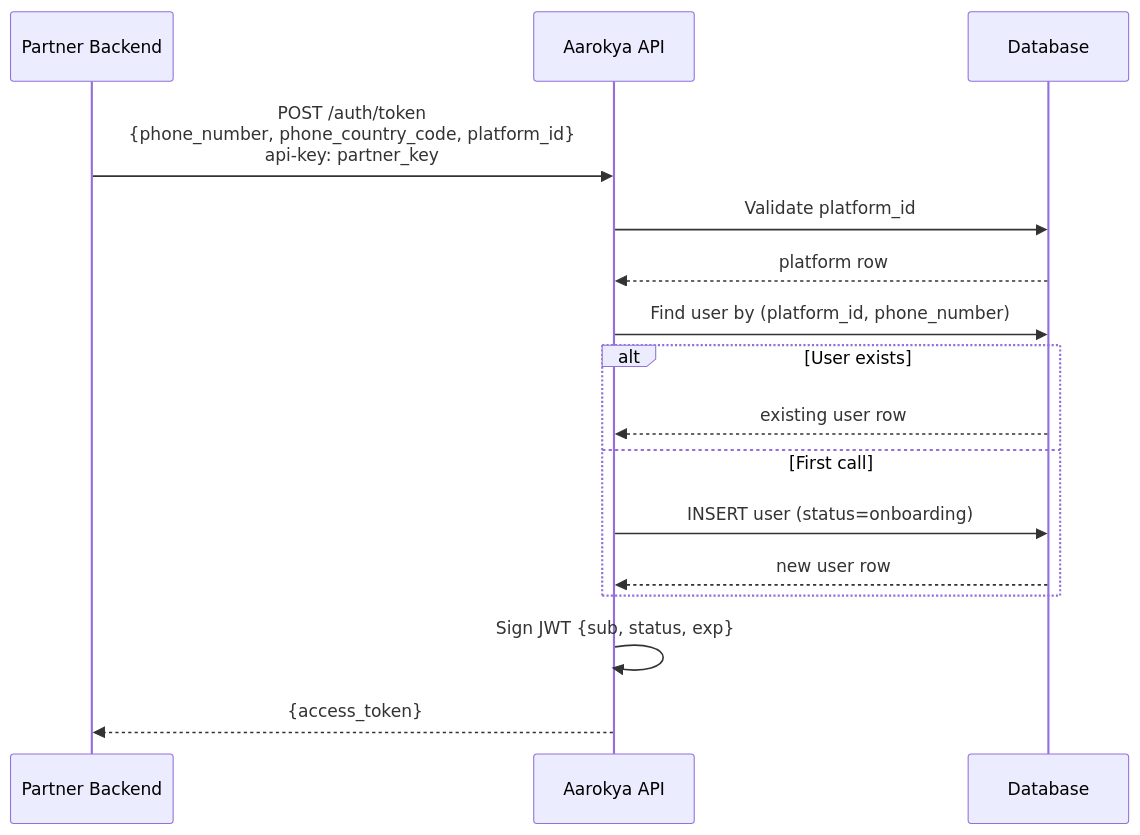
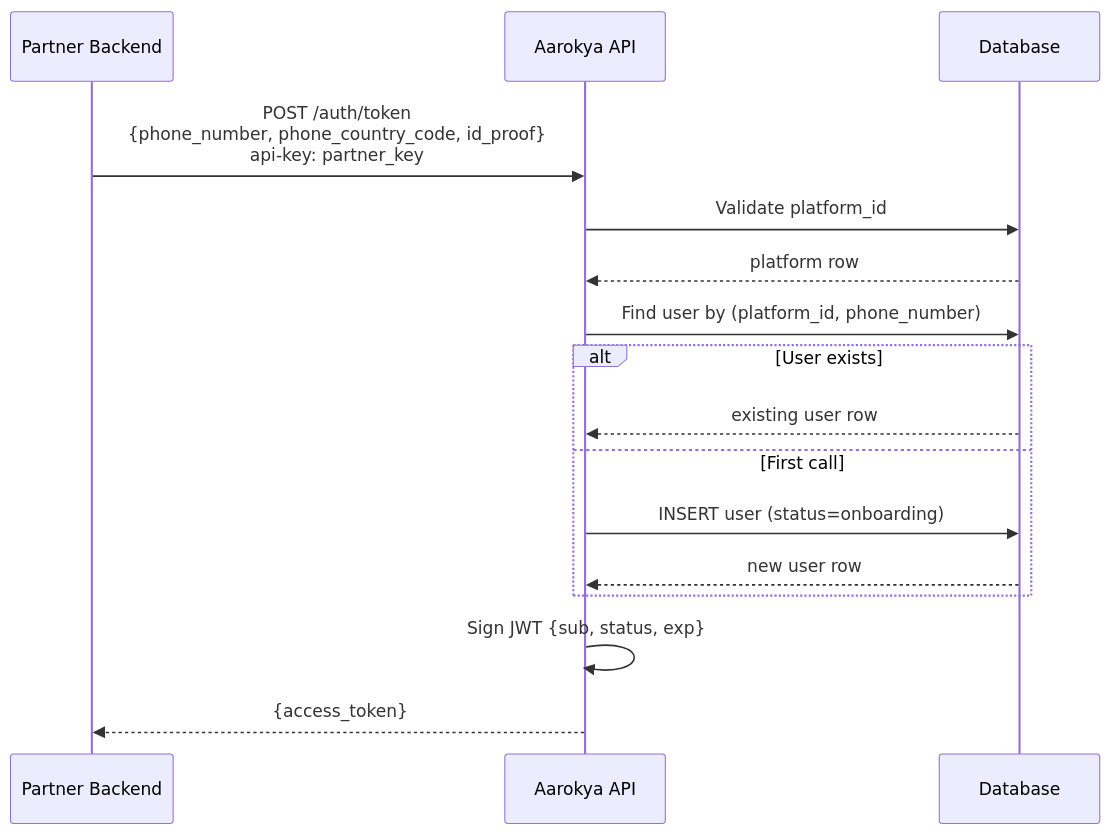
Before and after one commit to anu19981/aarokya-backend: the diagram in api-reference/modules/auth.mdx, drawn with Mermaid. The commit also changed other lines of this file and 1 other file, not shown here.

Commit message:
sync: update api-reference from aarokya-agentic-app

````diff
--- a/api-reference/modules/auth.mdx
+++ b/api-reference/modules/auth.mdx
@@ -18,19 +18,19 @@
 ```mermaid
 sequenceDiagram
     participant PartnerBE as Partner Backend
     participant API as Aarokya API
     participant DB as Database
 
-    PartnerBE->>API: POST /auth/token<br/>{phone_number, phone_country_code, platform_id}<br/>api-key: partner_key
+    PartnerBE->>API: POST /auth/token<br/>{phone_number, phone_country_code, id_proof}<br/>api-key: partner_key
     API->>DB: Validate platform_id
     DB-->>API: platform row
     API->>DB: Find user by (platform_id, phone_number)
     alt User exists
         DB-->>API: existing user row
     else First call
         API->>DB: INSERT user (status=onboarding)
         DB-->>API: new user row
     end
     API->>API: Sign JWT {sub, status, exp}
     API-->>PartnerBE: {access_token}
 ```
````
